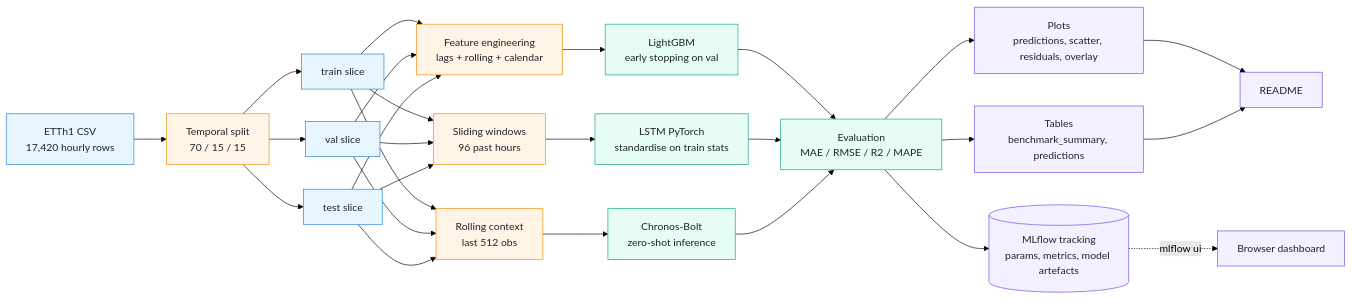
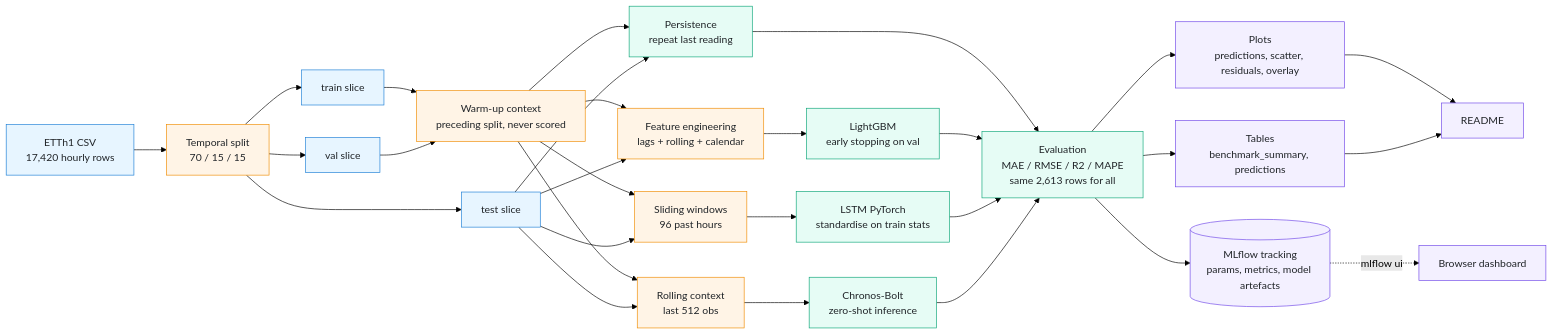
The diagram in README.md (Vicen-te/time-series-benchmark), drawn with Mermaid (forest theme) before and after one commit. The commit also changed other lines of this file and 25 other files, not shown here.

````diff
--- a/README.md
+++ b/README.md
@@ -51,43 +63,47 @@
 ```mermaid
 flowchart LR
     A[ETTh1 CSV<br/>17,420 hourly rows] --> B[Temporal split<br/>70 / 15 / 15]
     B --> T[train slice]
     B --> V[val slice]
     B --> X[test slice]
 
-    T --> F1[Feature engineering<br/>lags + rolling + calendar]
-    V --> F1
-    X --> F1
+    T --> W[Warm-up context<br/>preceding split, never scored]
+    V --> W
+    W --> F1
+    W --> S1
+    W --> C1
+    W --> M0
+
+    X --> M0[Persistence<br/>repeat last reading]
+
+    X --> F1[Feature engineering<br/>lags + rolling + calendar]
     F1 --> M1[LightGBM<br/>early stopping on val]
 
-    T --> S1[Sliding windows<br/>96 past hours]
-    V --> S1
-    X --> S1
+    X --> S1[Sliding windows<br/>96 past hours]
     S1 --> M2[LSTM PyTorch<br/>standardise on train stats]
 
-    T --> C1[Rolling context<br/>last 512 obs]
-    V --> C1
-    X --> C1
+    X --> C1[Rolling context<br/>last 512 obs]
     C1 --> M3[Chronos-Bolt<br/>zero-shot inference]
 
-    M1 --> E[Evaluation<br/>MAE / RMSE / R2 / MAPE]
+    M0 --> E[Evaluation<br/>MAE / RMSE / R2 / MAPE<br/>same 2,613 rows for all]
+    M1 --> E
     M2 --> E
     M3 --> E
 
     E --> P[Plots<br/>predictions, scatter, residuals, overlay]
     E --> R[Tables<br/>benchmark_summary, predictions]
     E --> ML[(MLflow tracking<br/>params, metrics, model artefacts)]
 
     P --> RM[README]
     R --> RM
     ML -.->|mlflow ui| UI[Browser dashboard]
 
     classDef data fill:#e7f5ff,stroke:#1c7ed6,color:#212529
     classDef proc fill:#fff4e6,stroke:#f08c00,color:#212529
     classDef model fill:#e6fcf5,stroke:#0ca678,color:#212529
     classDef out fill:#f3f0ff,stroke:#7048e8,color:#212529
     class A,T,V,X data
-    class B,F1,S1,C1 proc
-    class M1,M2,M3,E model
+    class B,F1,S1,C1,W proc
+    class M0,M1,M2,M3,E model
     class P,R,ML,RM,UI out
 ```
````
